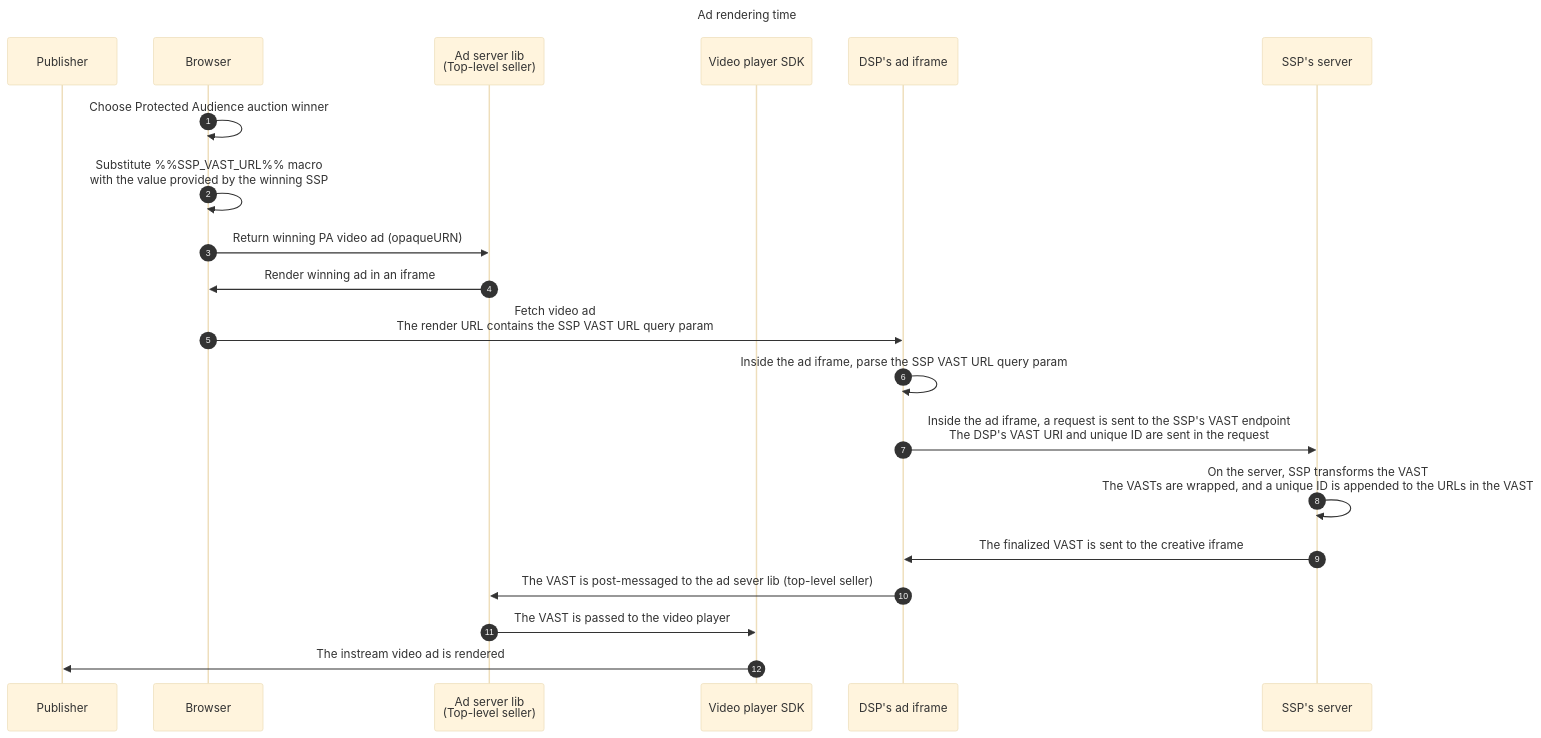
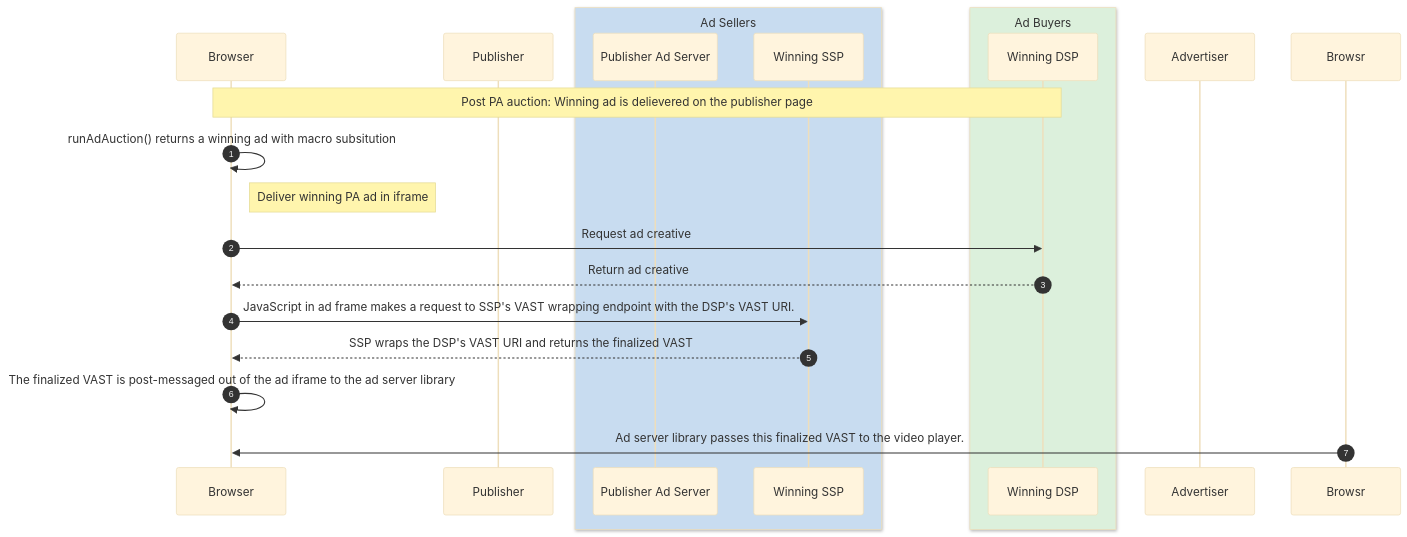
The diagram in services/home/docs/demos/instream-video-ad.md (privacysandbox/privacy-sandbox-demos), drawn with Mermaid (base theme) before and after one commit. The commit also changed other lines of this file and 10 other files, not shown here.

````diff
--- a/services/home/docs/demos/instream-video-ad.md
+++ b/services/home/docs/demos/instream-video-ad.md
@@ -177,26 +96,25 @@
 ```mermaid
 sequenceDiagram
 autonumber
 
-Title: Ad rendering time
+participant Browser
+participant Publisher
+box rgb(200, 220, 240) Ad Sellers
+  participant Seller-Top as Publisher Ad Server
+  participant Seller as Winning SSP
+end
+box rgb(220, 240, 220) Ad Buyers
+  participant Buyer as Winning DSP
+end
+participant Advertiser
 
-participant Publisher
-participant Browser
-participant AS as Ad server lib <br>(Top-level seller)
-participant VP as Video player SDK
-participant DSP as DSP's ad iframe
-participant SSP as SSP's server
-
-Browser ->> Browser: Choose Protected Audience auction winner
-Browser ->> Browser: Substitute %%SSP_VAST_URL%% macro <br>with the value provided by the winning SSP
-Browser ->> AS: Return winning PA video ad (opaqueURN)
-AS ->> Browser: Render winning ad in an iframe
-Browser ->> DSP: Fetch video ad<br>The render URL contains the SSP VAST URL query param
-DSP ->> DSP: Inside the ad iframe, parse the SSP VAST URL query param
-DSP ->> SSP: Inside the ad iframe, a request is sent to the SSP's VAST endpoint<br>The DSP's VAST URI and unique ID are sent in the request
-SSP ->> SSP: On the server, SSP transforms the VAST<br>The VASTs are wrapped, and a unique ID is appended to the URLs in the VAST
-SSP ->> DSP: The finalized VAST is sent to the creative iframe
-DSP ->> AS: The VAST is post-messaged to the ad sever lib (top-level seller)
-AS ->> VP: The VAST is passed to the video player
-VP ->> Publisher: The instream video ad is rendered
+Note over Browser,Buyer: Post PA auction: Winning ad is delievered on the publisher page
+Browser ->> Browser: runAdAuction() returns a winning ad with macro subsitution
+Note right of Browser: Deliver winning PA ad in iframe
+Browser ->> Buyer: Request ad creative
+Buyer -->> Browser: Return ad creative
+Browser ->> Seller: JavaScript in ad frame makes a request to SSP's VAST wrapping endpoint with the DSP's VAST URI.
+Seller -->> Browser: SSP wraps the DSP's VAST URI and returns the finalized VAST
+Browser ->> Browser: The finalized VAST is post-messaged out of the ad iframe to the ad server library
+Browsr ->> Browser: Ad server library passes this finalized VAST to the video player.
 ```
````
